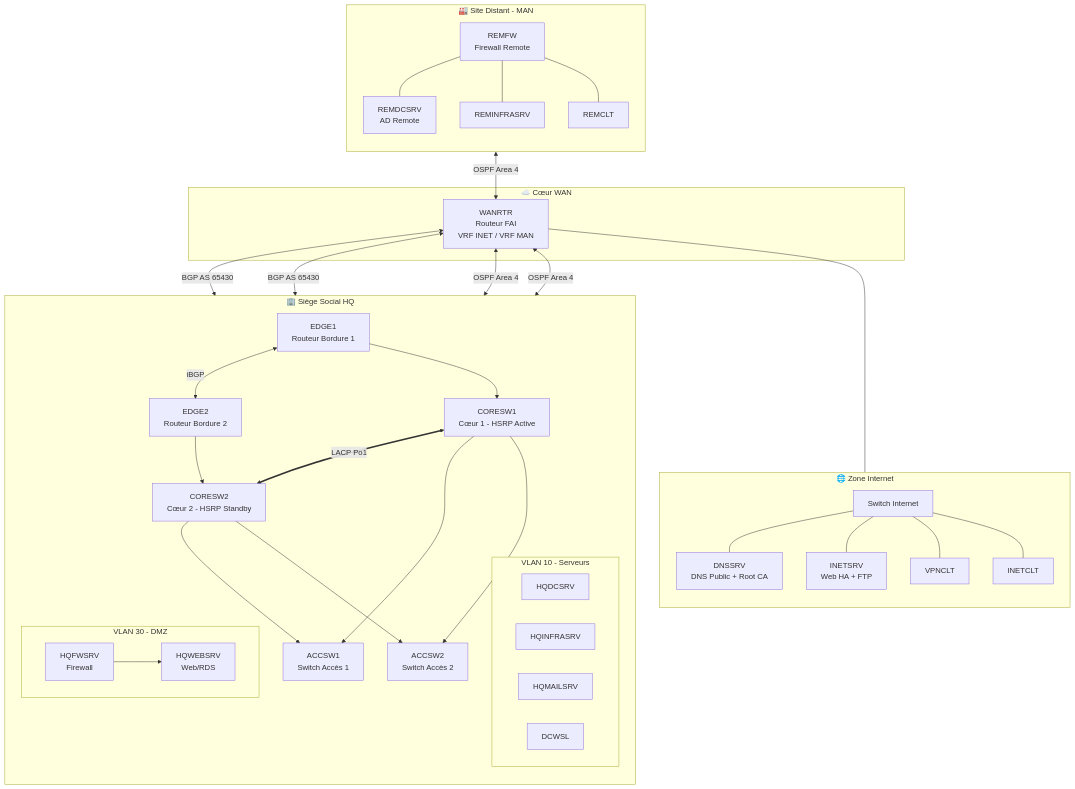
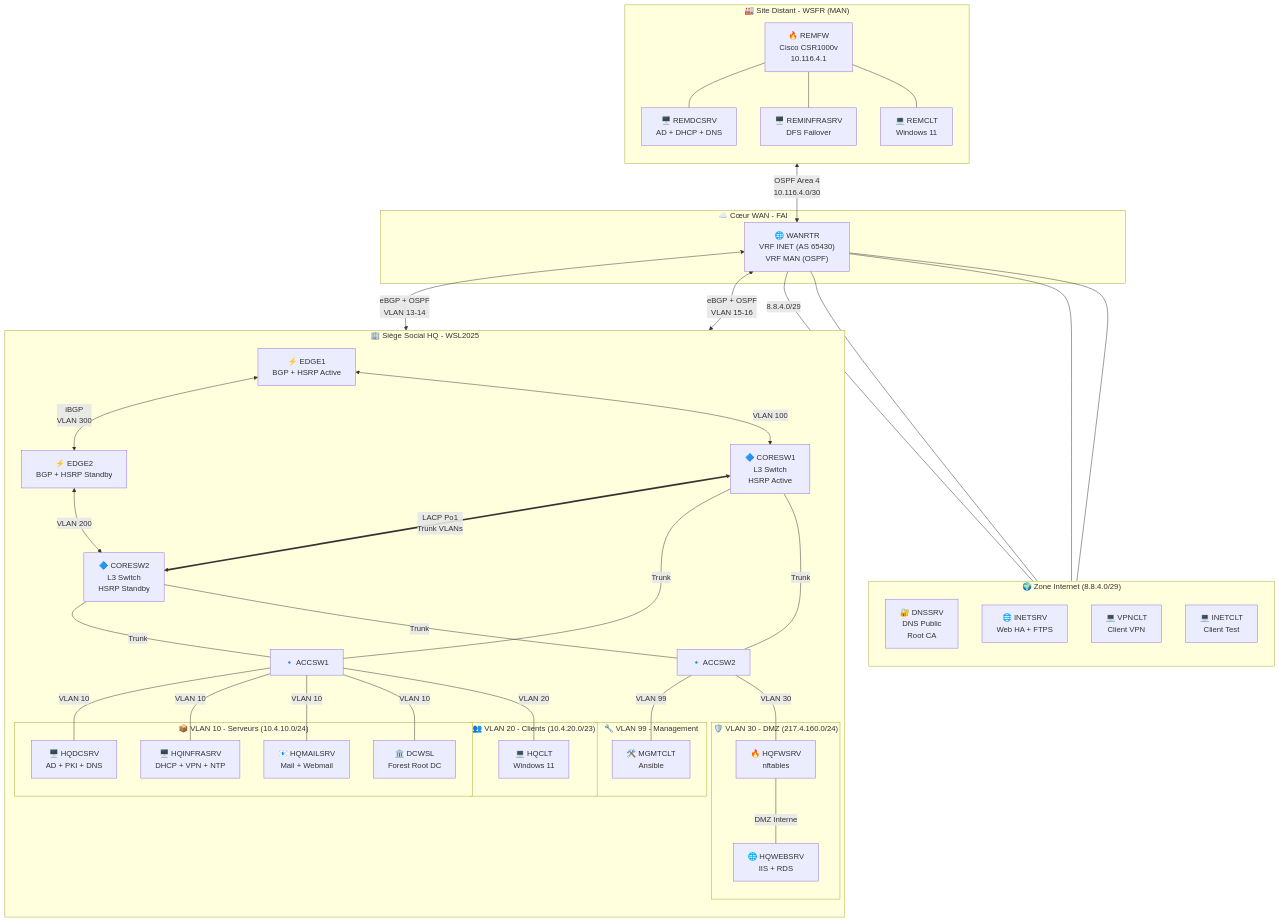
Before and after one commit to BadIssues/SAE-501: the diagram in readme.md, drawn with Mermaid.

Commit message:
Refonte complete schema Mermaid - plus detaille et coherent

````diff
--- a/readme.md
+++ b/readme.md
@@ -138,53 +138,111 @@
 ```mermaid
 graph TD
-    subgraph REMOTE [🏭 Site Distant - MAN]
+    %% === ZONE REMOTE (Site Distant WSFR) ===
+    subgraph REMOTE ["🏭 Site Distant - WSFR (MAN)"]
         direction TB
-        REMFW[REMFW<br>Firewall Remote]
-        REMDCSRV[REMDCSRV<br>AD Remote]
-        REMINFRASRV[REMINFRASRV]
-        REMCLT[REMCLT]
-        REMFW --- REMDCSRV & REMINFRASRV & REMCLT
+        REMFW["🔥 REMFW<br/>Cisco CSR1000v<br/>10.116.4.1"]
+        REMDCSRV["🖥️ REMDCSRV<br/>AD + DHCP + DNS"]
+        REMINFRASRV["🖥️ REMINFRASRV<br/>DFS Failover"]
+        REMCLT["💻 REMCLT<br/>Windows 11"]
+        
+        REMFW --- REMDCSRV
+        REMFW --- REMINFRASRV
+        REMFW --- REMCLT
     end
 
-    subgraph WAN [☁️ Cœur WAN]
-        WANRTR[WANRTR<br>Routeur FAI<br>VRF INET / VRF MAN]
+    %% === ZONE WAN CENTRAL ===
+    subgraph WAN ["☁️ Cœur WAN - FAI"]
+        WANRTR["🌐 WANRTR<br/>VRF INET (AS 65430)<br/>VRF MAN (OSPF)"]
     end
 
-    subgraph INTERNET [🌐 Zone Internet]
+    %% === ZONE INTERNET ===
+    subgraph INTERNET ["🌍 Zone Internet (8.8.4.0/29)"]
         direction TB
-        INETSW[Switch Internet]
-        DNSSRV[DNSSRV<br>DNS Public + Root CA]
-        INETSRV[INETSRV<br>Web HA + FTP]
-        VPNCLT[VPNCLT]
-        INETCLT[INETCLT]
-        INETSW --- DNSSRV & INETSRV & VPNCLT & INETCLT
+        DNSSRV["🔐 DNSSRV<br/>DNS Public<br/>Root CA"]
+        INETSRV["🌐 INETSRV<br/>Web HA + FTPS"]
+        VPNCLT["💻 VPNCLT<br/>Client VPN"]
+        INETCLT["💻 INETCLT<br/>Client Test"]
     end
 
-    subgraph HQ [🏢 Siège Social HQ]
+    %% === ZONE HQ (Siège Social) ===
+    subgraph HQ ["🏢 Siège Social HQ - WSL2025"]
         direction TB
-        EDGE1[EDGE1<br>Routeur Bordure 1]
-        EDGE2[EDGE2<br>Routeur Bordure 2]
-        CORESW1[CORESW1<br>Cœur 1 - HSRP Active]
-        CORESW2[CORESW2<br>Cœur 2 - HSRP Standby]
-        ACCSW1[ACCSW1<br>Switch Accès 1]
-        ACCSW2[ACCSW2<br>Switch Accès 2]
-
-        subgraph SERVERS [VLAN 10 - Serveurs]
-            HQDCSRV & HQINFRASRV & HQMAILSRV & DCWSL
+        
+        %% Routeurs Edge
+        EDGE1["⚡ EDGE1<br/>BGP + HSRP Active"]
+        EDGE2["⚡ EDGE2<br/>BGP + HSRP Standby"]
+        
+        %% Core Switches
+        CORESW1["🔷 CORESW1<br/>L3 Switch<br/>HSRP Active"]
+        CORESW2["🔷 CORESW2<br/>L3 Switch<br/>HSRP Standby"]
+        
+        %% Access Switches
+        ACCSW1["🔹 ACCSW1"]
+        ACCSW2["🔹 ACCSW2"]
+        
+        %% VLAN 10 - Serveurs
+        subgraph SERVERS ["📦 VLAN 10 - Serveurs (10.4.10.0/24)"]
+            HQDCSRV["🖥️ HQDCSRV<br/>AD + PKI + DNS"]
+            HQINFRASRV["🖥️ HQINFRASRV<br/>DHCP + VPN + NTP"]
+            HQMAILSRV["📧 HQMAILSRV<br/>Mail + Webmail"]
+            DCWSL["🏛️ DCWSL<br/>Forest Root DC"]
         end
-
-        subgraph DMZ [VLAN 30 - DMZ]
-            HQFWSRV[HQFWSRV<br>Firewall] --> HQWEBSRV[HQWEBSRV<br>Web/RDS]
+        
+        %% VLAN 20 - Clients
+        subgraph CLIENTS ["👥 VLAN 20 - Clients (10.4.20.0/23)"]
+            HQCLT["💻 HQCLT<br/>Windows 11"]
+        end
+        
+        %% VLAN 99 - Management
+        subgraph MGMT ["🔧 VLAN 99 - Management"]
+            MGMTCLT["🛠️ MGMTCLT<br/>Ansible"]
+        end
+        
+        %% VLAN 30 - DMZ
+        subgraph DMZ ["🛡️ VLAN 30 - DMZ (217.4.160.0/24)"]
+            HQFWSRV["🔥 HQFWSRV<br/>nftables"]
+            HQWEBSRV["🌐 HQWEBSRV<br/>IIS + RDS"]
         end
     end
 
-    REMFW <-->|OSPF Area 4| WANRTR
-    WANRTR --- INETSW
-    WANRTR <-->|BGP AS 65430| EDGE1 & EDGE2
-    WANRTR <-->|OSPF Area 4| EDGE1 & EDGE2
-    EDGE1 <-->|iBGP| EDGE2
-    EDGE1 --> CORESW1
-    EDGE2 --> CORESW2
-    CORESW1 <==>|LACP Po1| CORESW2
-    CORESW1 & CORESW2 --> ACCSW1 & ACCSW2
+    %% === CONNEXIONS PRINCIPALES ===
+    
+    %% Remote vers WAN
+    REMFW <-->|"OSPF Area 4<br/>10.116.4.0/30"| WANRTR
+    
+    %% Internet vers WAN
+    WANRTR ---|"8.8.4.0/29"| DNSSRV
+    WANRTR --- INETSRV
+    WANRTR --- VPNCLT
+    WANRTR --- INETCLT
+    
+    %% WAN vers HQ (Double liaison)
+    WANRTR <-->|"eBGP + OSPF<br/>VLAN 13-14"| EDGE1
+    WANRTR <-->|"eBGP + OSPF<br/>VLAN 15-16"| EDGE2
+    
+    %% Interconnexions HQ Layer 3
+    EDGE1 <-->|"iBGP<br/>VLAN 300"| EDGE2
+    EDGE1 <-->|"VLAN 100"| CORESW1
+    EDGE2 <-->|"VLAN 200"| CORESW2
+    
+    %% Core Switch interconnexion
+    CORESW1 <==>|"LACP Po1<br/>Trunk VLANs"| CORESW2
+    
+    %% Trunks vers Access
+    CORESW1 ---|"Trunk"| ACCSW1
+    CORESW1 ---|"Trunk"| ACCSW2
+    CORESW2 ---|"Trunk"| ACCSW1
+    CORESW2 ---|"Trunk"| ACCSW2
+    
+    %% Access vers End Devices
+    ACCSW1 ---|"VLAN 10"| HQDCSRV
+    ACCSW1 ---|"VLAN 10"| HQINFRASRV
+    ACCSW1 ---|"VLAN 10"| HQMAILSRV
+    ACCSW1 ---|"VLAN 10"| DCWSL
+    ACCSW1 ---|"VLAN 20"| HQCLT
+    ACCSW2 ---|"VLAN 99"| MGMTCLT
+    ACCSW2 ---|"VLAN 30"| HQFWSRV
+    
+    %% DMZ interne
+    HQFWSRV ---|"DMZ Interne"| HQWEBSRV
 ```
````
